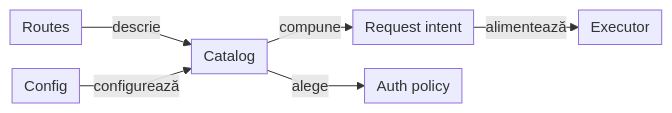
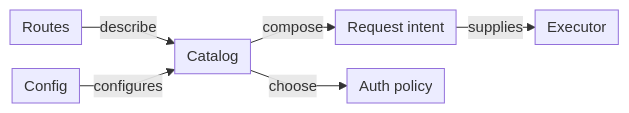
The seventh of 12 diagrams in docs/ATF_Architecture.md (crististefanita/atf_j0), drawn with Mermaid before and after one commit. The commit also changed other lines of this file and 113 other files, not shown here.

````diff
--- a/docs/ATF_Architecture.md
+++ b/docs/ATF_Architecture.md
@@ -484,9 +454,9 @@
 ```mermaid
 %%{init: {"themeVariables":{"fontSize":"15px"},"themeCSS":".nodeLabel, .nodeLabel p { font-size: 15px !important; line-height: 1.35 !important; } .edgeLabel, .edgeLabel p { font-size: 12px !important; font-weight: 400 !important; line-height: 1.2 !important; } .edgeLabel .labelBkg, .edgeLabel p { background: transparent !important; } .edgeLabel foreignObject { transform: translateY(-18px); overflow: visible; } .node rect { rx: 6px; ry: 6px; }","flowchart":{"curve":"linear","nodeSpacing":24,"rankSpacing":24,"padding":6,"diagramPadding":20}}}%%
 flowchart LR
-    Paths["Routes"] -->|descrie| Catalog["Catalog"]
-    Config["Config"] -->|configurează| Catalog
-    Catalog -->|compune| Operation["Request intent"]
-    Catalog -->|alege| Auth["Auth policy"]
-    Operation -->|alimentează| Executor["Executor"]
+    Paths["Routes"] -->|describe| Catalog["Catalog"]
+    Config["Config"] -->|configures| Catalog
+    Catalog -->|compose| Operation["Request intent"]
+    Catalog -->|choose| Auth["Auth policy"]
+    Operation -->|supplies| Executor["Executor"]
 ```
````
